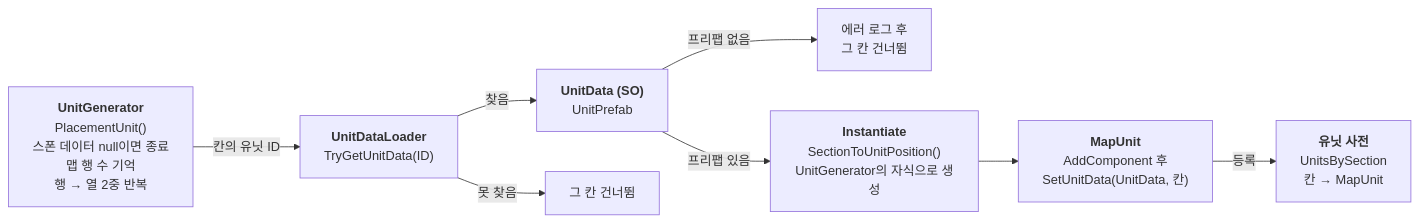
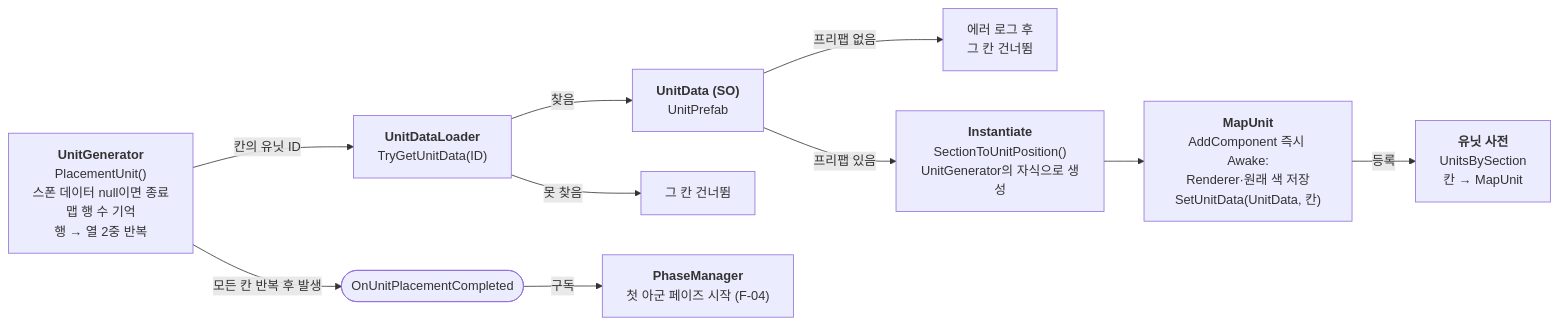
One commit to jayy5288sk/PersonalProject changed the fifth of 19 diagrams in Docs/ImplementDocs/Diagram.md. Above: the diagram before and after it, drawn with Mermaid. The commit also changed other lines of this file and 1 other file, not shown here.

Commit message:
[Docs] 기술문서 작성 및 다이어그램 갱신

````diff
--- a/Docs/ImplementDocs/Diagram.md
+++ b/Docs/ImplementDocs/Diagram.md
@@ -106,19 +106,23 @@
 ```mermaid
 flowchart LR
     Gen["<b>UnitGenerator</b><br/>PlacementUnit()<br/>스폰 데이터 null이면 종료<br/>맵 행 수 기억<br/>행 → 열 2중 반복"]
     Unit["<b>UnitDataLoader</b><br/>TryGetUnitData(ID)"]
     SO["<b>UnitData (SO)</b><br/>UnitPrefab"]
     Skip["그 칸 건너뜀"]
     Err["에러 로그 후<br/>그 칸 건너뜀"]
     Spawn["<b>Instantiate</b><br/>SectionToUnitPosition()<br/>UnitGenerator의 자식으로 생성"]
-    MU["<b>MapUnit</b><br/>AddComponent 후<br/>SetUnitData(UnitData, 칸)"]
+    MU["<b>MapUnit</b><br/>AddComponent 즉시 Awake:<br/>Renderer·원래 색 저장<br/>SetUnitData(UnitData, 칸)"]
     Dict["<b>유닛 사전</b><br/>UnitsBySection<br/>칸 → MapUnit"]
+    Done(["OnUnitPlacementCompleted"])
+    Phase["<b>PhaseManager</b><br/>첫 아군 페이즈 시작 (F-04)"]
 
     Gen -->|칸의 유닛 ID| Unit
     Unit -->|찾음| SO
     Unit -->|못 찾음| Skip
     SO -->|프리팹 있음| Spawn
     SO -->|프리팹 없음| Err
     Spawn --> MU
     MU -->|등록| Dict
+    Gen -->|모든 칸 반복 후 발생| Done
+    Done -->|구독| Phase
 ```
````
